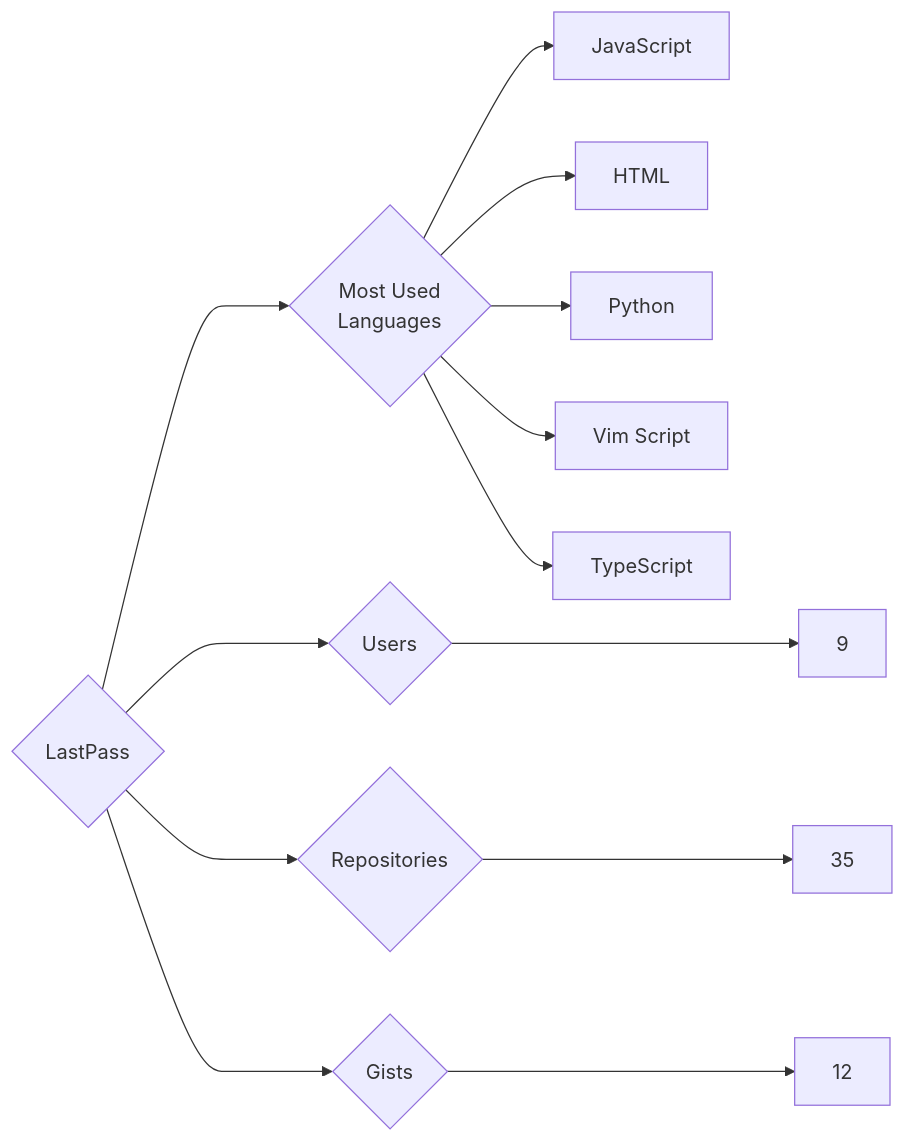
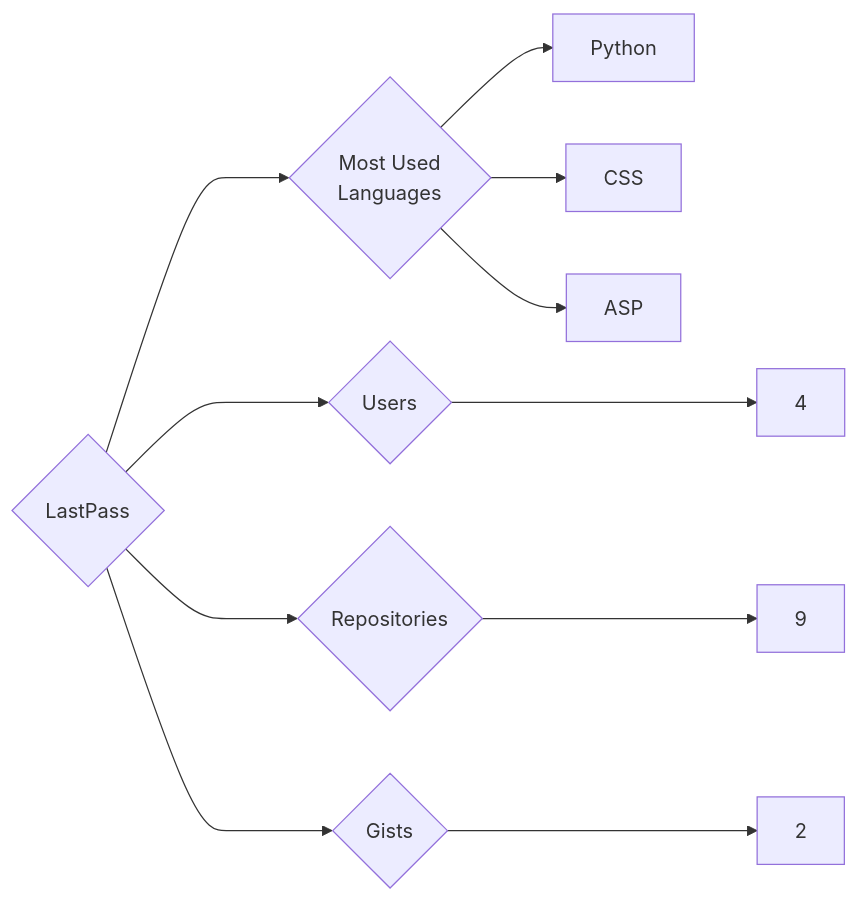
The diagram in targets/LastPass/README.md (trickest/insiders), drawn with Mermaid before and after one commit. The commit also changed 773 other files, not shown here.

````diff
--- a/targets/LastPass/README.md
+++ b/targets/LastPass/README.md
@@ -3,13 +3,11 @@
 ```mermaid
 graph LR
 COMPANY_NAME{LastPass}
-COMPANY_NAME ---> U{Users} ---> UN[9]
-COMPANY_NAME ---> R{Repositories} ---> RN[35]
-COMPANY_NAME ---> G{Gists} ---> GN[12]
+COMPANY_NAME ---> U{Users} ---> UN[4]
+COMPANY_NAME ---> R{Repositories} ---> RN[9]
+COMPANY_NAME ---> G{Gists} ---> GN[2]
 COMPANY_NAME ---> ML{Most Used<br>Languages}
-ML --> JavaScript[JavaScript]
-ML --> HTML[HTML]
 ML --> Python[Python]
-ML --> Vim_Script[Vim Script]
-ML --> TypeScript[TypeScript]
+ML --> CSS[CSS]
+ML --> ASP[ASP]
 ```
````
